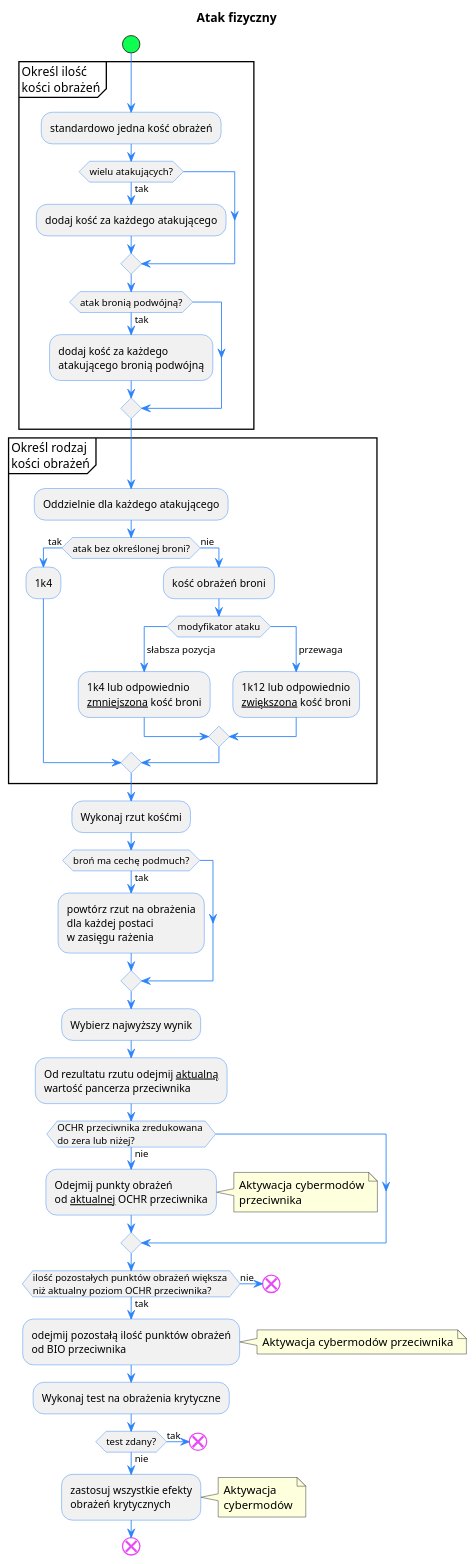
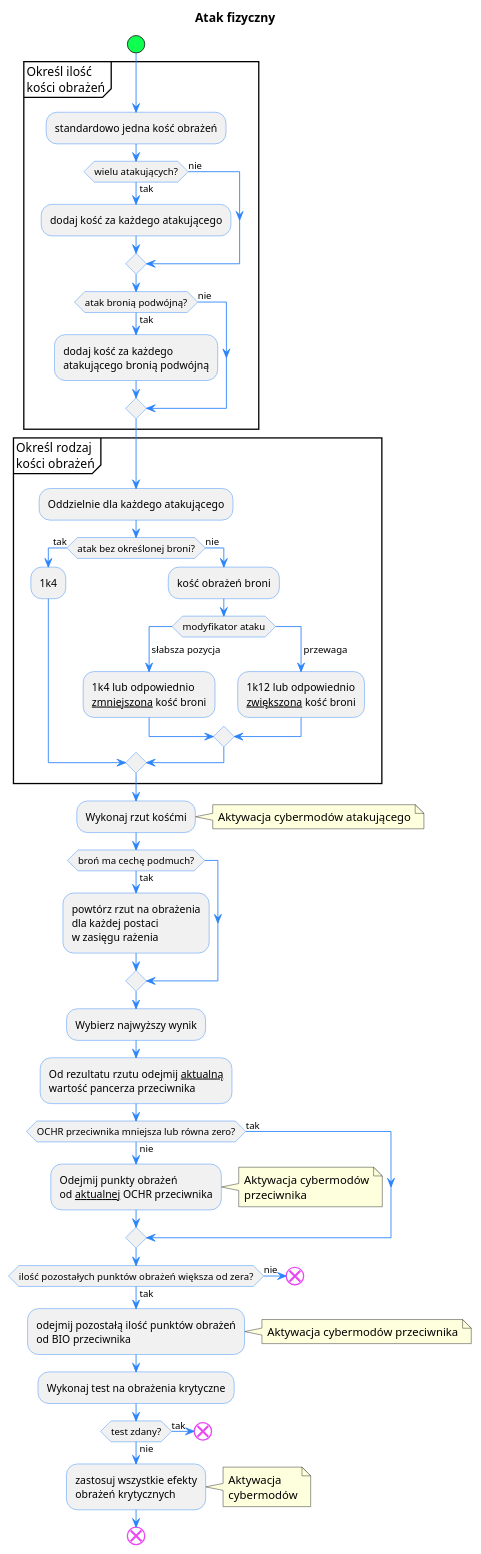
One commit to oswida/cyber changed the third of 5 diagrams in docs/algorithms.plantuml. Above: the diagram before and after it, drawn with PlantUML. The commit also changed other lines of this file and 5 other files, not shown here.

```diff
--- a/docs/algorithms.plantuml
+++ b/docs/algorithms.plantuml
@@ -112,79 +112,83 @@
 @startuml "Atak fizyczny"
 title "Atak fizyczny"
 skinparam defaultFontName Oxanium
 skinparam activity {
   StartColor #0fff50
   BarColor #2c84fa
   EndColor #e949f5
   BorderColor #2c84fa
   ArrowColor #2c84fa
   FontName Oxanium
 }
 start
-group "Określ ilość\nkości obrażeń" 
+group Określ ilość\nkości obrażeń
 :standardowo jedna kość obrażeń;
 if (wielu atakujących?) then (tak)
 :dodaj kość za każdego atakującego;
+else (nie)
 endif
 if (atak bronią podwójną?) then (tak)
 :dodaj kość za każdego 
 atakującego bronią podwójną;
+else (nie)
 endif
 end group
-group "Określ rodzaj\nkości obrażeń" 
+group Określ rodzaj\nkości obrażeń 
 :Oddzielnie dla każdego atakującego;
 if (atak bez określonej broni?) then (tak)
 :1k4;
 else (nie)
 :kość obrażeń broni;
 switch (modyfikator ataku)
 case ( słabsza pozycja)
 :1k4 lub odpowiednio 
 __zmniejszona__ kość broni;
 case ( przewaga)
 :1k12 lub odpowiednio 
 __zwiększona__ kość broni;
 endswitch 
 endif
 end group
 :Wykonaj rzut kośćmi;
+note right
+Aktywacja cybermodów atakującego
+end note
 if (broń ma cechę podmuch?) then (tak)
 :powtórz rzut na obrażenia
 dla każdej postaci 
 w zasięgu rażenia;
 endif
 :Wybierz najwyższy wynik;
 :Od rezultatu rzutu odejmij __aktualną__ 
 wartość pancerza przeciwnika;
-if (OCHR przeciwnika zredukowana 
-do zera lub niżej?) then (nie)
+if (OCHR przeciwnika mniejsza lub równa zero?) then (nie)
 :Odejmij punkty obrażeń 
 od __aktualnej__ OCHR przeciwnika;
 note right
 Aktywacja cybermodów
 przeciwnika
 endnote
+else (tak)
 endif 
-if (ilość pozostałych punktów obrażeń większa 
-niż aktualny poziom OCHR przeciwnika?) then (tak)
+if (ilość pozostałych punktów obrażeń większa od zera?) then (tak)
 :odejmij pozostałą ilość punktów obrażeń 
 od BIO przeciwnika;
 note right
  Aktywacja cybermodów przeciwnika
 endnote
 :Wykonaj test na obrażenia krytyczne;
 if (test zdany?) then (tak)
   end
 else (nie)
   :zastosuj wszystkie efekty 
   obrażeń krytycznych;
   note right
     Aktywacja
     cybermodów
   endnote
 endif
 else (nie)
  end
 endif
 end
 @enduml
```
